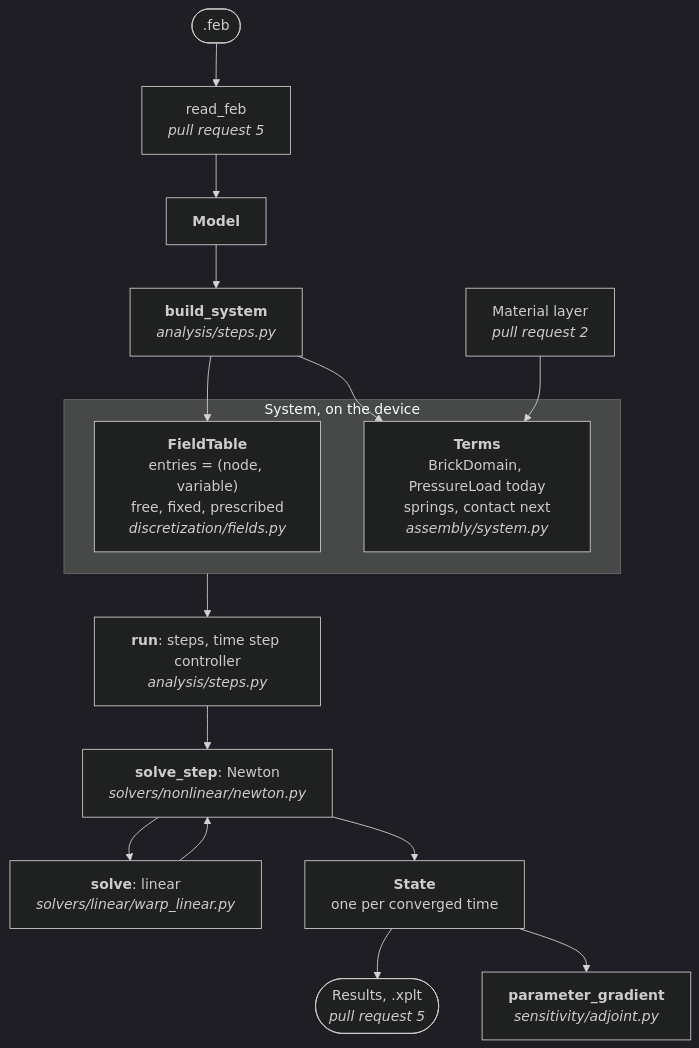
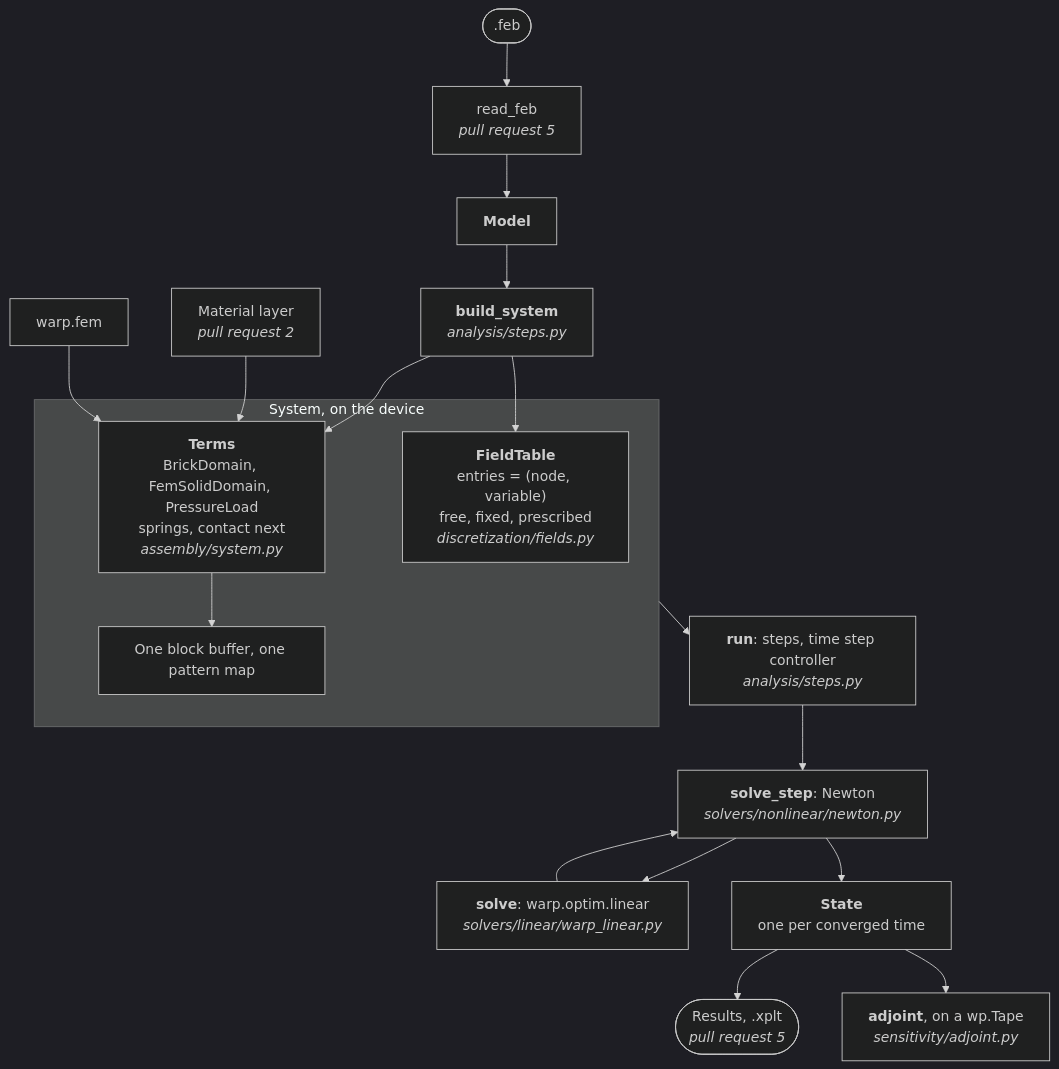
The first of 3 diagrams in docs/design/run_path.md (JolleyLab/FEBio-Warp-Python), drawn with Mermaid (dark theme) before and after one commit. The commit also changed other lines of this file and 22 other files, not shown here.

First line of the commit message:
Template: device-shaped assembly, warp.fem solids with tet4, solve on a tape, FEBio references

````diff
--- a/docs/design/run_path.md
+++ b/docs/design/run_path.md
@@ -23,19 +23,22 @@
 ```mermaid
 flowchart TB
     feb([".feb"]) --> read["read_feb<br/><i>pull request 5</i>"] --> model["<b>Model</b>"]
     model --> build["<b>build_system</b><br/><i>analysis/steps.py</i>"]
 
     subgraph system["System, on the device"]
         fields["<b>FieldTable</b><br/>entries = (node, variable)<br/>free, fixed, prescribed<br/><i>discretization/fields.py</i>"]
-        terms["<b>Terms</b><br/>BrickDomain, PressureLoad today<br/>springs, contact next<br/><i>assembly/system.py</i>"]
+        terms["<b>Terms</b><br/>BrickDomain, FemSolidDomain, PressureLoad<br/>springs, contact next<br/><i>assembly/system.py</i>"]
+        blocks["One block buffer, one pattern map"]
     end
     build --> fields & terms
+    terms --> blocks
     mat["Material layer<br/><i>pull request 2</i>"] --> terms
+    wfem["warp.fem"] --> terms
 
     system --> run["<b>run</b>: steps, time step controller<br/><i>analysis/steps.py</i>"]
     run --> newton["<b>solve_step</b>: Newton<br/><i>solvers/nonlinear/newton.py</i>"]
-    newton --> lin["<b>solve</b>: linear<br/><i>solvers/linear/warp_linear.py</i>"] --> newton
+    newton --> lin["<b>solve</b>: warp.optim.linear<br/><i>solvers/linear/warp_linear.py</i>"] --> newton
     newton --> state["<b>State</b><br/>one per converged time"]
     state --> results(["Results, .xplt<br/><i>pull request 5</i>"])
-    state --> adj["<b>parameter_gradient</b><br/><i>sensitivity/adjoint.py</i>"]
+    state --> adj["<b>adjoint</b>, on a wp.Tape<br/><i>sensitivity/adjoint.py</i>"]
 ```
````
